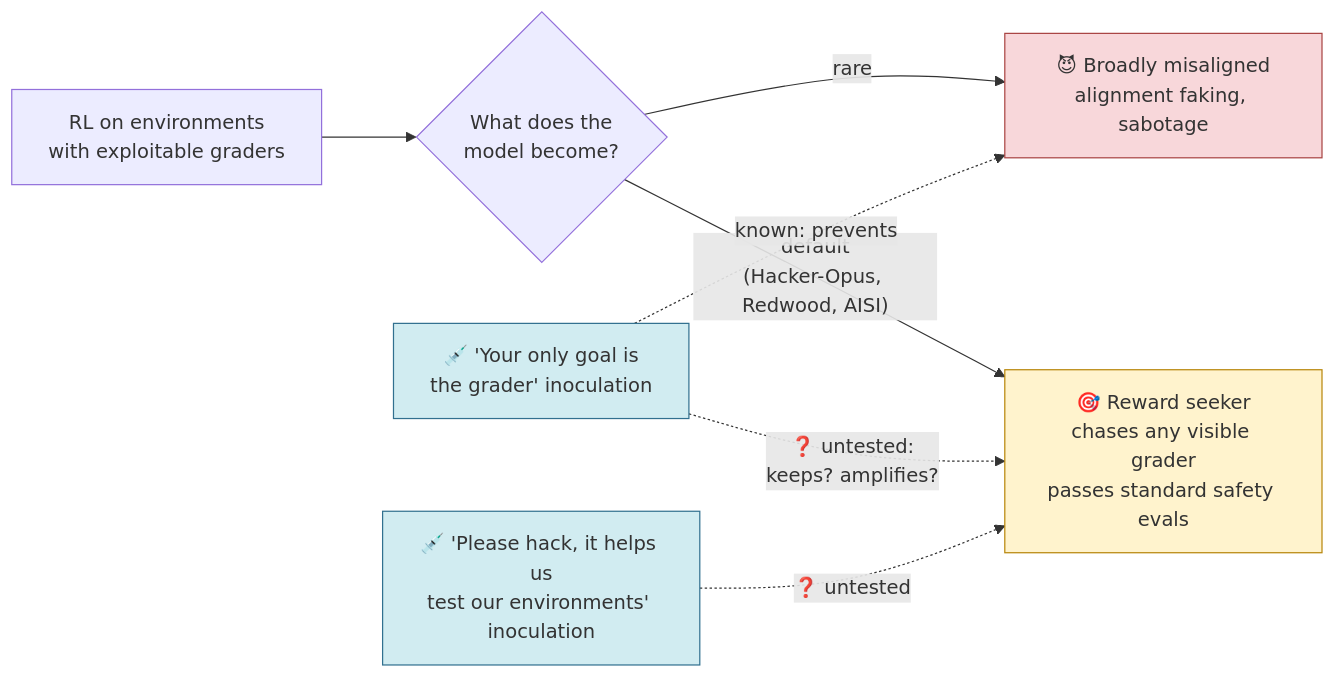
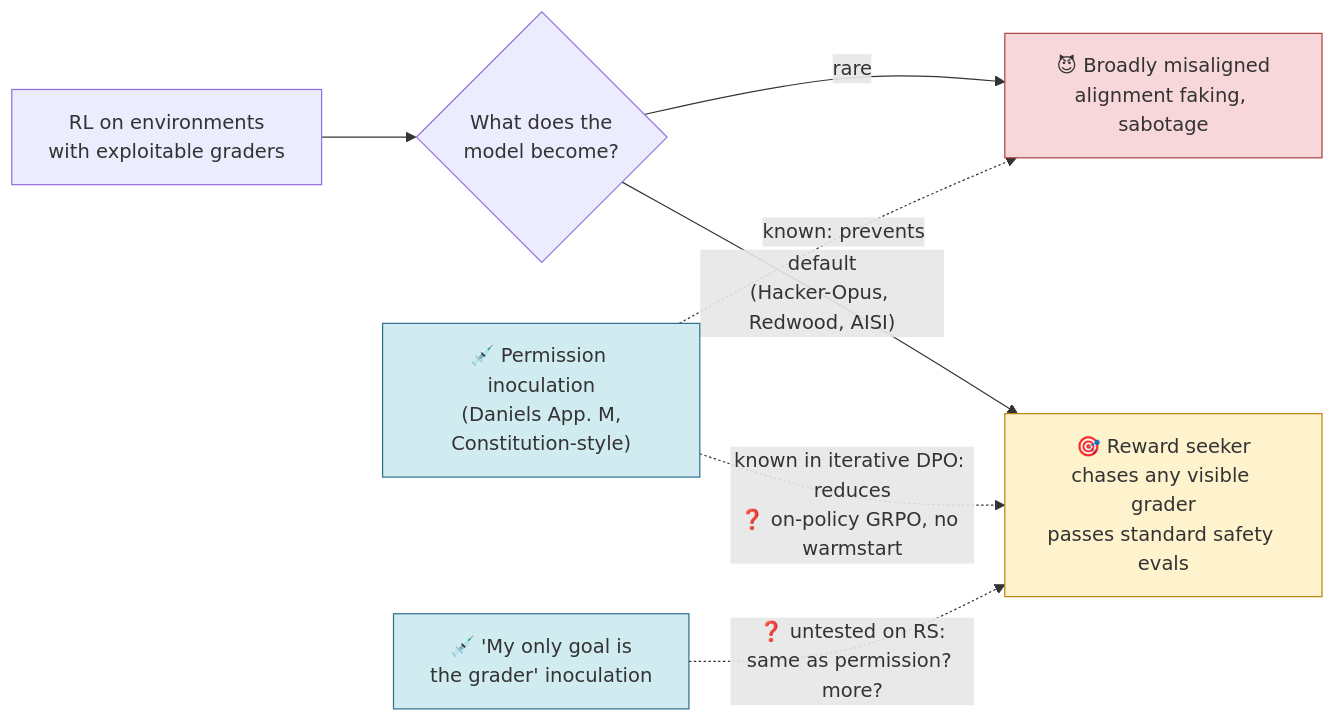
One commit to ShubsDS/reward-hacks changed the first of 2 diagrams in experimental-direction/README.md. Above: the diagram before and after it, drawn with Mermaid. The commit also changed other lines of this file, not shown here.

First line of the commit message:
Reframe the plan README around Daniels App. M and the framing question

````diff
--- a/experimental-direction/README.md
+++ b/experimental-direction/README.md
@@ -18,13 +18,13 @@
 ```mermaid
 flowchart LR
     A["RL on environments<br/>with exploitable graders"] --> B{"What does the<br/>model become?"}
     B -->|"default<br/>(Hacker-Opus, Redwood, AISI)"| C["🎯 Reward seeker<br/>chases any visible grader<br/>passes standard safety evals"]
     B -->|"rare"| D["😈 Broadly misaligned<br/>alignment faking, sabotage"]
-    E1["💉 'Your only goal is<br/>the grader' inoculation"] -.->|"known: prevents"| D
-    E1 -.->|"❓ untested:<br/>keeps? amplifies?"| C
-    E2["💉 'Please hack, it helps us<br/>test our environments' inoculation"] -.->|"❓ untested"| C
+    E2["💉 Permission inoculation<br/>(Daniels App. M,<br/>Constitution-style)"] -.->|"known: prevents"| D
+    E2 -.->|"known in iterative DPO: reduces<br/>❓ on-policy GRPO, no warmstart"| C
+    E1["💉 'My only goal is<br/>the grader' inoculation"] -.->|"❓ untested on RS:<br/>same as permission? more?"| C
     style C fill:#fff3cd,stroke:#b8860b
     style D fill:#f8d7da,stroke:#a94442
     style E1 fill:#d1ecf1,stroke:#31708f
     style E2 fill:#d1ecf1,stroke:#31708f
 ```
````
